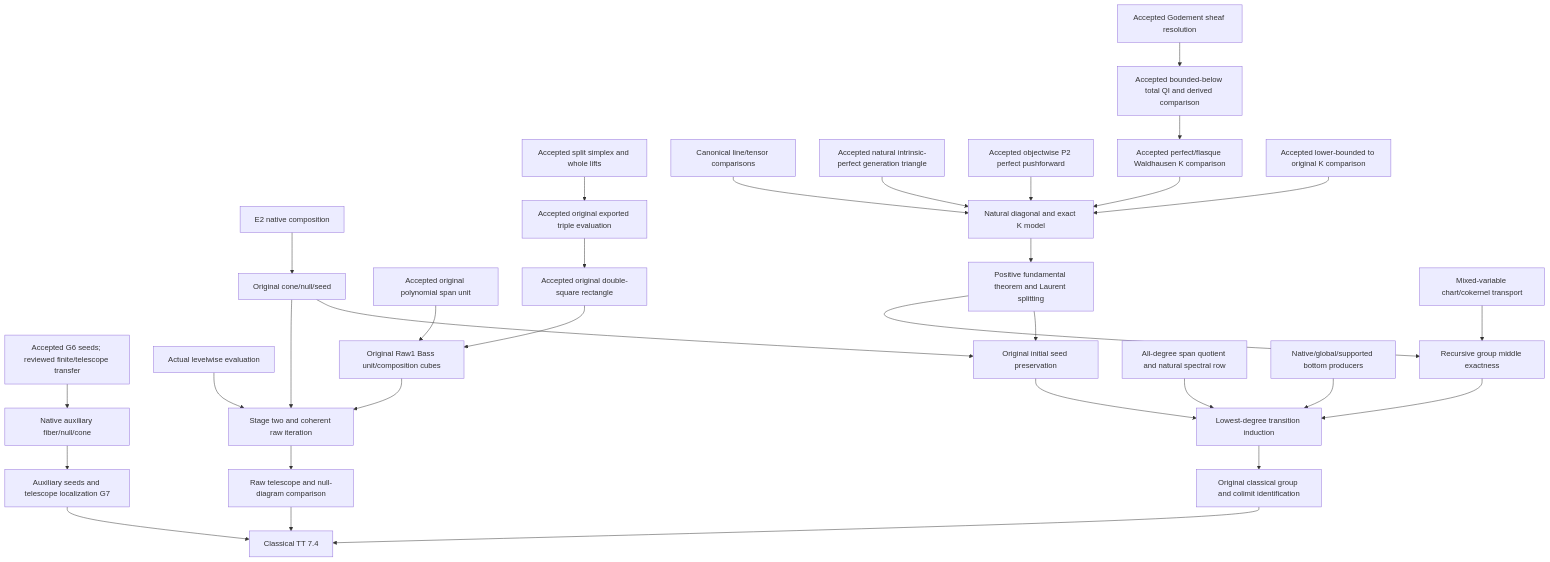
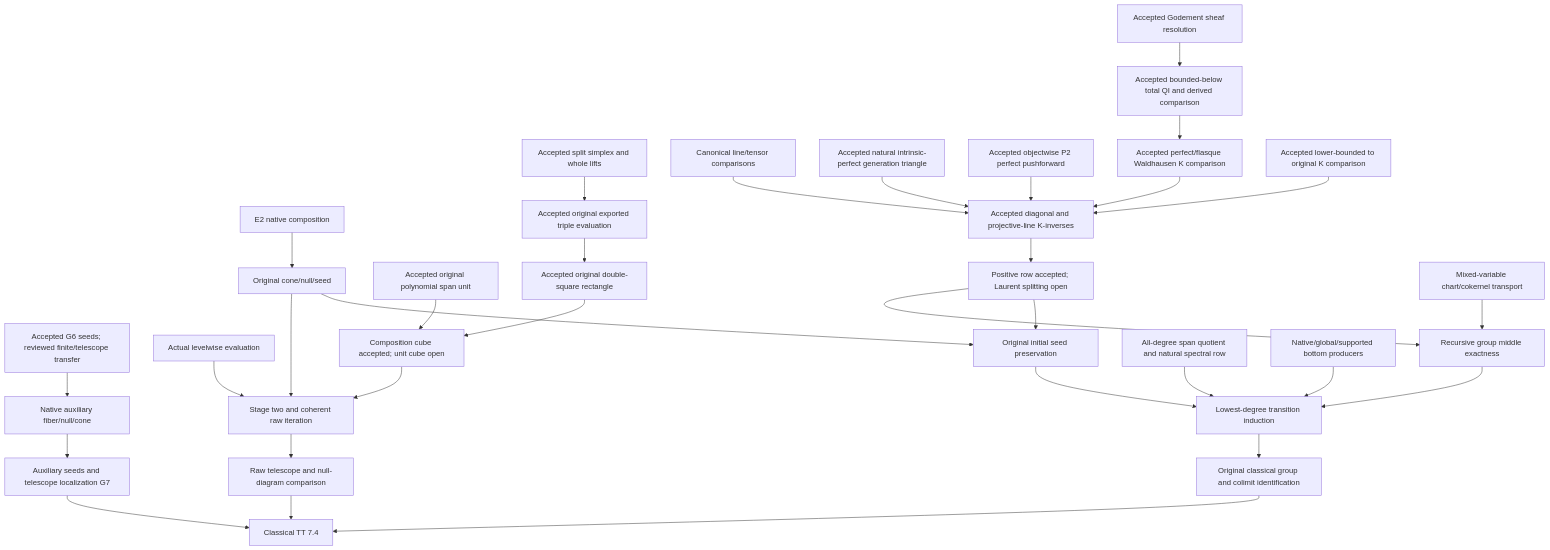
Before and after one commit to kangxyz/quillen-k-theory: the second of 2 diagrams in docs/development/TTLocalization.md, drawn with Mermaid. The commit also changed other lines of this file and 184 other files, not shown here.

First line of the commit message:
Complete original native projective-line inverse and TT handoff

````diff
--- a/docs/development/TTLocalization.md
+++ b/docs/development/TTLocalization.md
@@ -780,34 +852,34 @@
 ```mermaid
 flowchart TD
   S1[Accepted G6 seeds; reviewed finite/telescope transfer] --> S2[Native auxiliary fiber/null/cone]
   S2 --> S3[Auxiliary seeds and telescope localization G7]
   EC[E2 native composition] --> ES[Original cone/null/seed]
   EW[Actual levelwise evaluation] --> EI[Stage two and coherent raw iteration]
   ES --> EI
-  RU[Accepted original polynomial span unit] --> RC[Original Raw1 Bass unit/composition cubes]
+  RU[Accepted original polynomial span unit] --> RC[Composition cube accepted; unit cube open]
   RS[Accepted split simplex and whole lifts] --> NC[Accepted original exported triple evaluation]
   NC --> NR[Accepted original double-square rectangle]
   NR --> RC
   RC --> EI
   EI --> ET[Raw telescope and null-diagram comparison]
-  PT[Canonical line/tensor comparisons] --> PD[Natural diagonal and exact K model]
+  PT[Canonical line/tensor comparisons] --> PD[Accepted diagonal and projective-line K-inverses]
   CT[Accepted natural intrinsic-perfect generation triangle] --> PD
   PP[Accepted objectwise P2 perfect pushforward] --> PD
   GD[Accepted Godement sheaf resolution] --> GR[Accepted bounded-below total QI and derived comparison]
   GR --> FM[Accepted perfect/flasque Waldhausen K comparison]
   FM --> PD
   MB[Accepted lower-bounded to original K comparison] --> PD
-  PD --> BF[Positive fundamental theorem and Laurent splitting]
+  PD --> BF[Positive row accepted; Laurent splitting open]
   BF --> MC[Recursive group middle exactness]
   MV[Mixed-variable chart/cokernel transport] --> MC
   BF --> IS[Original initial seed preservation]
   ES --> IS
   SES[All-degree span quotient and natural spectral row] --> RI[Lowest-degree transition induction]
   MC --> RI
   IS --> RI
   GB[Native/global/supported bottom producers] --> RI
   RI --> B2[Original classical group and colimit identification]
   S3 --> TT[Classical TT 7.4]
   ET --> TT
   B2 --> TT
 ```
````
